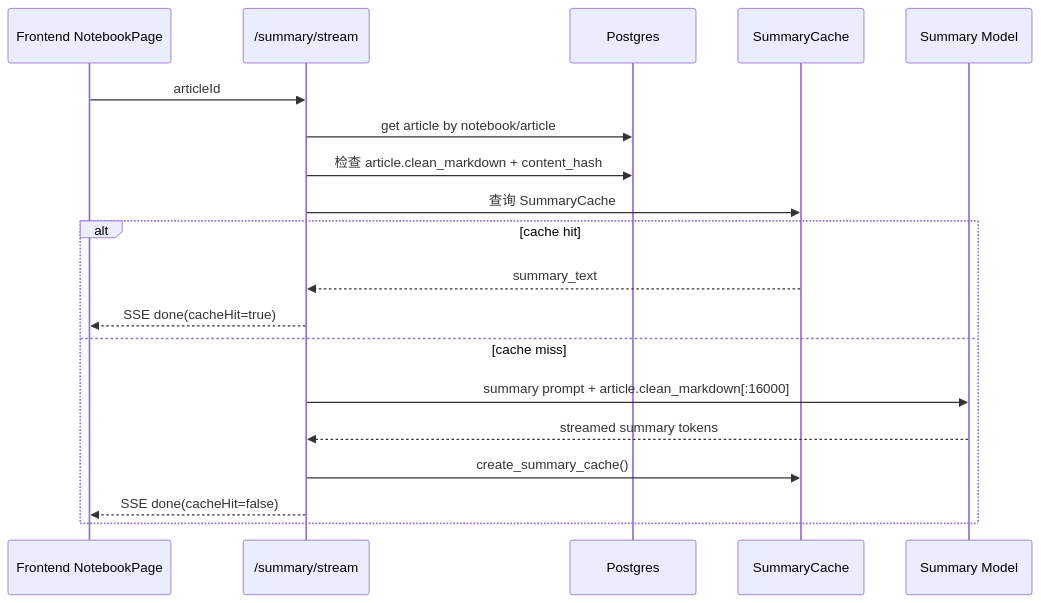
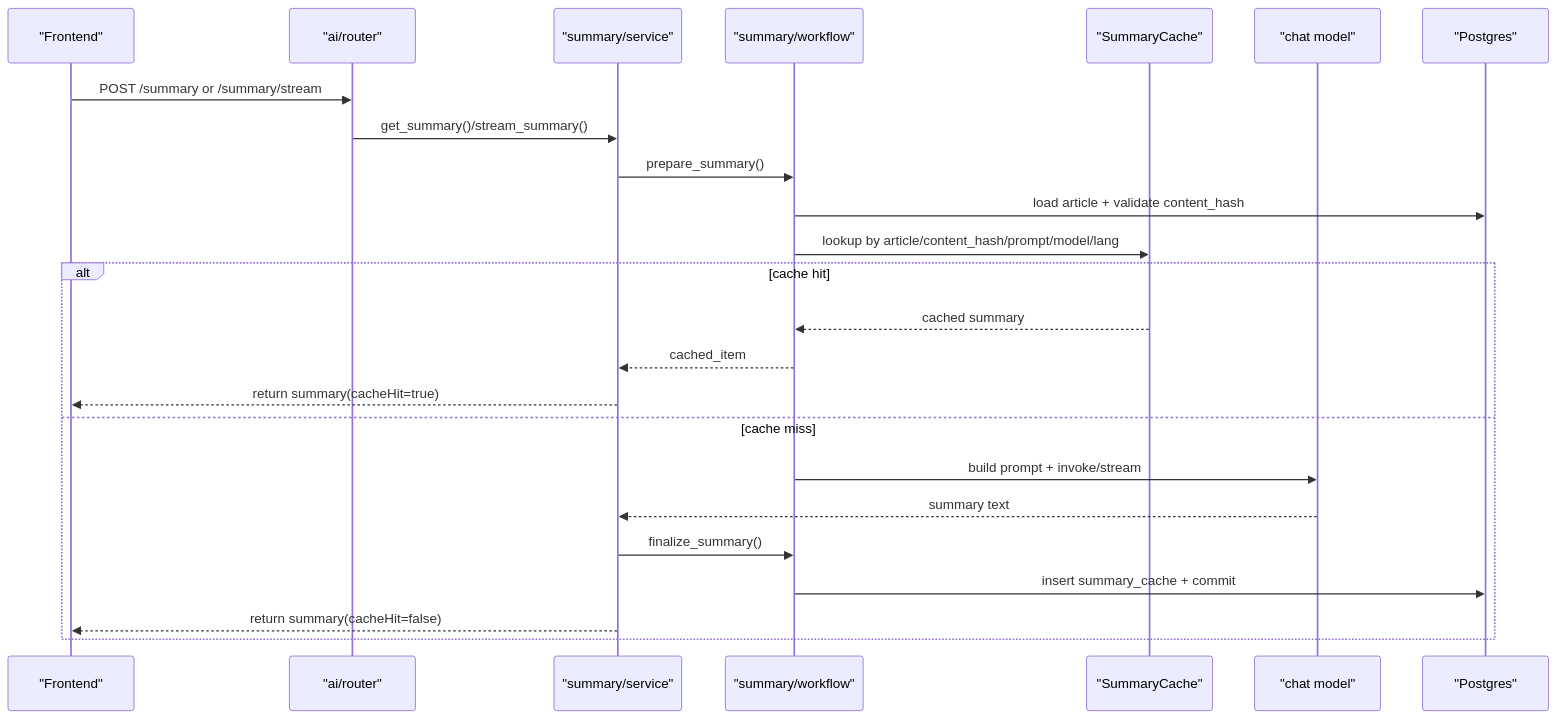
Before and after one commit to jiyue333/notebooklm: diagram 17 of 17 in docs/system-architecture.md, drawn with Mermaid. The commit also changed other lines of this file and 59 other files, not shown here.

````diff
--- a/docs/system-architecture.md
+++ b/docs/system-architecture.md
@@ -484,23 +762,28 @@
 ```mermaid
 sequenceDiagram
-    participant FE as Frontend NotebookPage
-    participant API as /summary/stream
-    participant DB as Postgres
-    participant Cache as SummaryCache
-    participant LLM as Summary Model
+    participant FE as "Frontend"
+    participant API as "ai/router"
+    participant Summary as "summary/service"
+    participant Workflow as "summary/workflow"
+    participant Cache as "SummaryCache"
+    participant LLM as "chat model"
+    participant DB as "Postgres"
 
-    FE->>API: articleId
-    API->>DB: get article by notebook/article
-    API->>DB: 检查 article.clean_markdown + content_hash
-    API->>Cache: 查询 SummaryCache
+    FE->>API: POST /summary or /summary/stream
+    API->>Summary: get_summary()/stream_summary()
+    Summary->>Workflow: prepare_summary()
+    Workflow->>DB: load article + validate content_hash
+    Workflow->>Cache: lookup by article/content_hash/prompt/model/lang
 
     alt cache hit
-        Cache-->>API: summary_text
-        API-->>FE: SSE done(cacheHit=true)
+        Cache-->>Workflow: cached summary
+        Workflow-->>Summary: cached_item
+        Summary-->>FE: return summary(cacheHit=true)
     else cache miss
-        API->>LLM: summary prompt + article.clean_markdown[:16000]
-        LLM-->>API: streamed summary tokens
-        API->>Cache: create_summary_cache()
-        API-->>FE: SSE done(cacheHit=false)
+        Workflow->>LLM: build prompt + invoke/stream
+        LLM-->>Summary: summary text
+        Summary->>Workflow: finalize_summary()
+        Workflow->>DB: insert summary_cache + commit
+        Summary-->>FE: return summary(cacheHit=false)
     end
 ```
````
